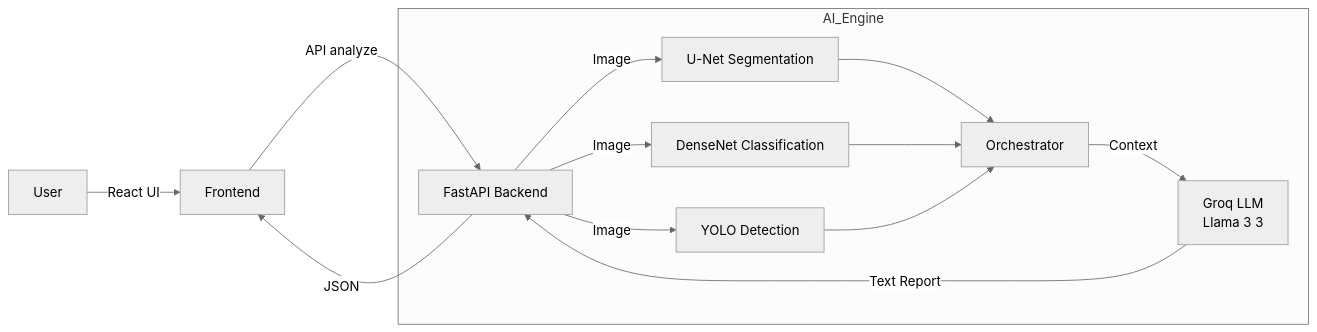
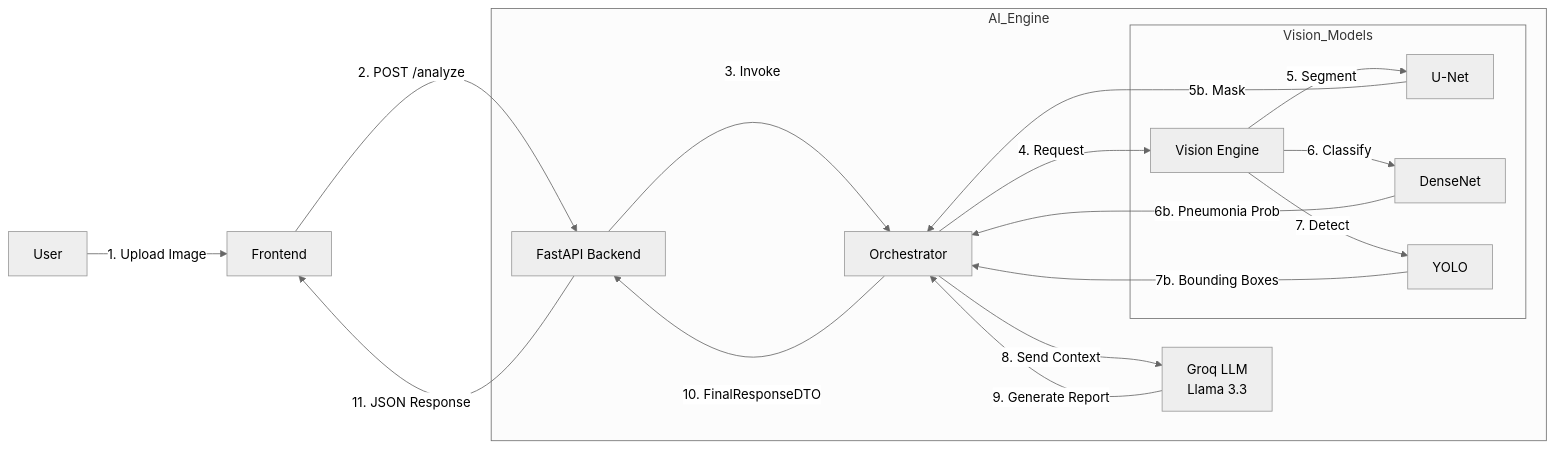
One commit to ngbxxx2k/Multimodal-AI-for-diagnosing-pneumonia changed the diagram in README.md. Above: the diagram before and after it, drawn with Mermaid (neutral theme).

Commit message:
Update system architecture diagram in README

````diff
--- a/README.md
+++ b/README.md
@@ -53,21 +53,28 @@
 ```mermaid
 graph LR
-    User -->|React UI| Frontend
-    Frontend -->|API analyze| Backend[FastAPI Backend]
+    User -->|1. Upload Image| Frontend
+    Frontend -->|2. POST /analyze| Backend[FastAPI Backend]
     
     subgraph AI_Engine
-        Backend -->|Image| UNet[U-Net Segmentation]
-        Backend -->|Image| DenseNet[DenseNet Classification]
-        Backend -->|Image| YOLO[YOLO Detection]
+        Backend -->|3. Invoke| Orchestrator
         
-        UNet --> Orchestrator
-        DenseNet --> Orchestrator
-        YOLO --> Orchestrator
+        Orchestrator -->|4. Request| Vision[Vision Engine]
         
-        Orchestrator -->|Context| LLM[Groq LLM<br/>Llama 3 3]
+        subgraph Vision_Models
+            Vision -->|5. Segment| UNet[U-Net]
+            Vision -->|6. Classify| DenseNet[DenseNet]
+            Vision -->|7. Detect| YOLO[YOLO]
+        end
+        
+        UNet -- 5b. Mask --> Orchestrator
+        DenseNet -- 6b. Pneumonia Prob --> Orchestrator
+        YOLO -- 7b. Bounding Boxes --> Orchestrator
+        
+        Orchestrator -->|8. Send Context| LLM[Groq LLM<br/>Llama 3.3]
     end
     
-    LLM -->|Text Report| Backend
-    Backend -->|JSON| Frontend
+    LLM -->|9. Generate Report| Orchestrator
+    Orchestrator -->|10. FinalResponseDTO| Backend
+    Backend -->|11. JSON Response| Frontend
 
 ```
````
